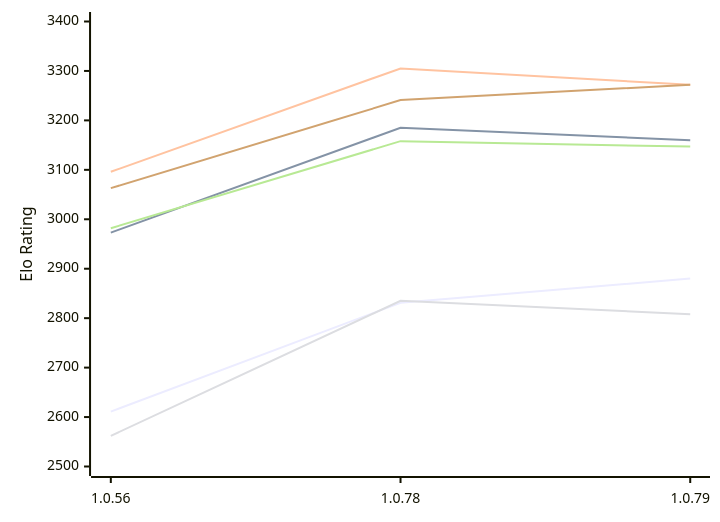
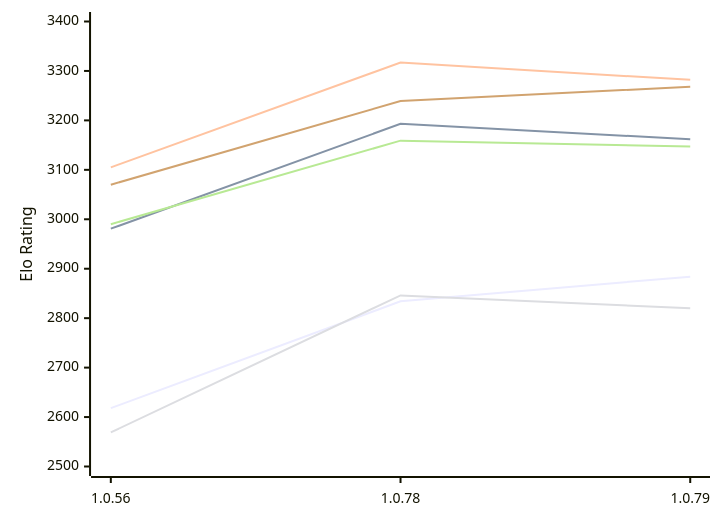
The first of 2 diagrams in engines/RustyRival.md (computer-chess-index/cci), drawn with Mermaid before and after one commit. The commit also changed other lines of this file, not shown here.

Commit message:
Update CCI Ratings (ELO VLTC) - 2026-11-16

````diff
--- a/engines/RustyRival.md
+++ b/engines/RustyRival.md
@@ -65,12 +65,12 @@
 ```mermaid
 %%{init: {"theme":"base","themeVariables":{"seriesColors:['#a3a3a3','#222221','#faa371']}}}%%
 xychart-beta
   x-axis ["1.0.56", "1.0.78", "1.0.79"]
   y-axis "Elo Rating" 2500 --> 3400
-  line "E1: STC (8.0+0.08s)" [2611, 2831, 2880]
-  line "E1: LTC (60.0+0.60s)" [2973, 3185, 3160]
-  line "E1: VLTC (2m24s+1.12s)" [3096, 3305, 3272]
-  line "P1: STC (8.0+0.08s)" [2562, 2835, 2808]
-  line "P1: LTC (60.0+0.60s)" [2982, 3158, 3147]
-  line "P1: VLTC (2m24s+1.12s)" [3063, 3241, 3272]
+  line "E1: STC (8.0+0.08s)" [2618, 2834, 2884]
+  line "E1: LTC (60.0+0.60s)" [2981, 3193, 3162]
+  line "E1: VLTC (2m24s+1.12s)" [3105, 3317, 3282]
+  line "P1: STC (8.0+0.08s)" [2569, 2846, 2820]
+  line "P1: LTC (60.0+0.60s)" [2990, 3159, 3147]
+  line "P1: VLTC (2m24s+1.12s)" [3070, 3239, 3268]
 ```
````
